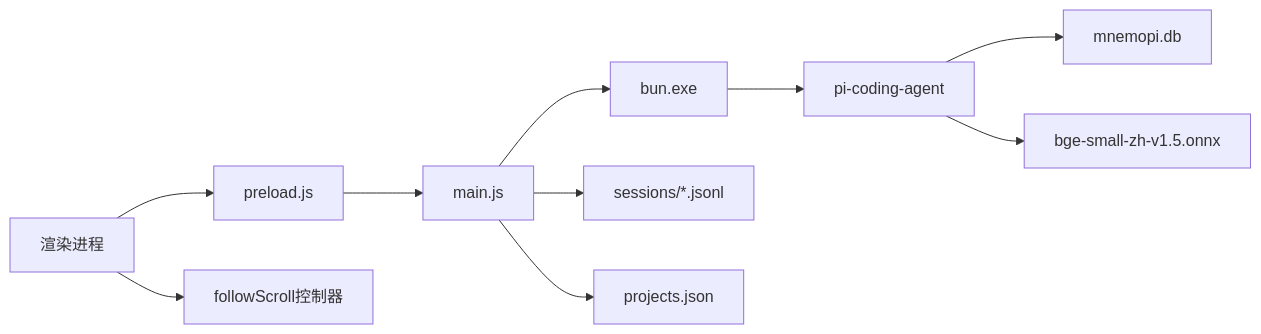
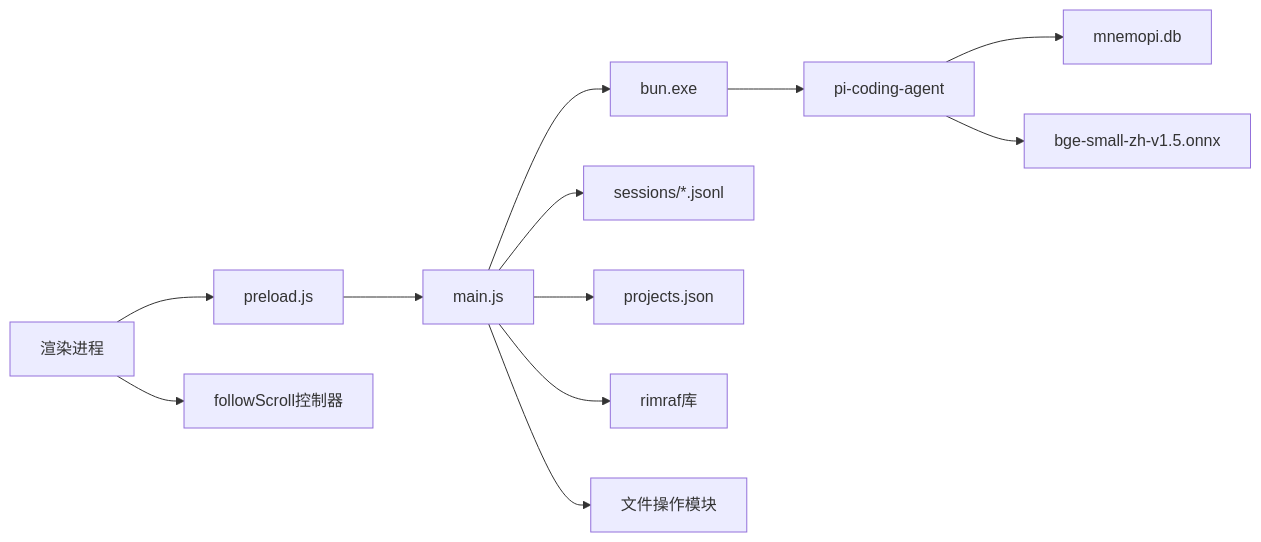
One commit to swond-Mao/Tiffa changed the tenth of 10 diagrams in .qoder/repowiki/zh/content/核心架构/会话管理与上下文恢复.md. Above: the diagram before and after it, drawn with Mermaid. The commit also changed other lines of this file and 49 other files, not shown here.

````diff
--- a/.qoder/repowiki/zh/content/核心架构/会话管理与上下文恢复.md
+++ b/.qoder/repowiki/zh/content/核心架构/会话管理与上下文恢复.md
@@ -316,12 +393,14 @@
 ```mermaid
 graph LR
 Renderer["渲染进程"] --> Preload["preload.js"]
 Preload --> Main["main.js"]
 Main --> Bun["bun.exe"]
 Bun --> CLI["pi-coding-agent"]
 Main --> Sessions["sessions/*.jsonl"]
 Main --> Projects["projects.json"]
 CLI --> MemoryDB["mnemopi.db"]
 CLI --> Embedding["bge-small-zh-v1.5.onnx"]
 Renderer --> ScrollController["followScroll控制器"]
+Main --> RetryLib["rimraf库"]
+Main --> FileOps["文件操作模块"]
 ```
````
